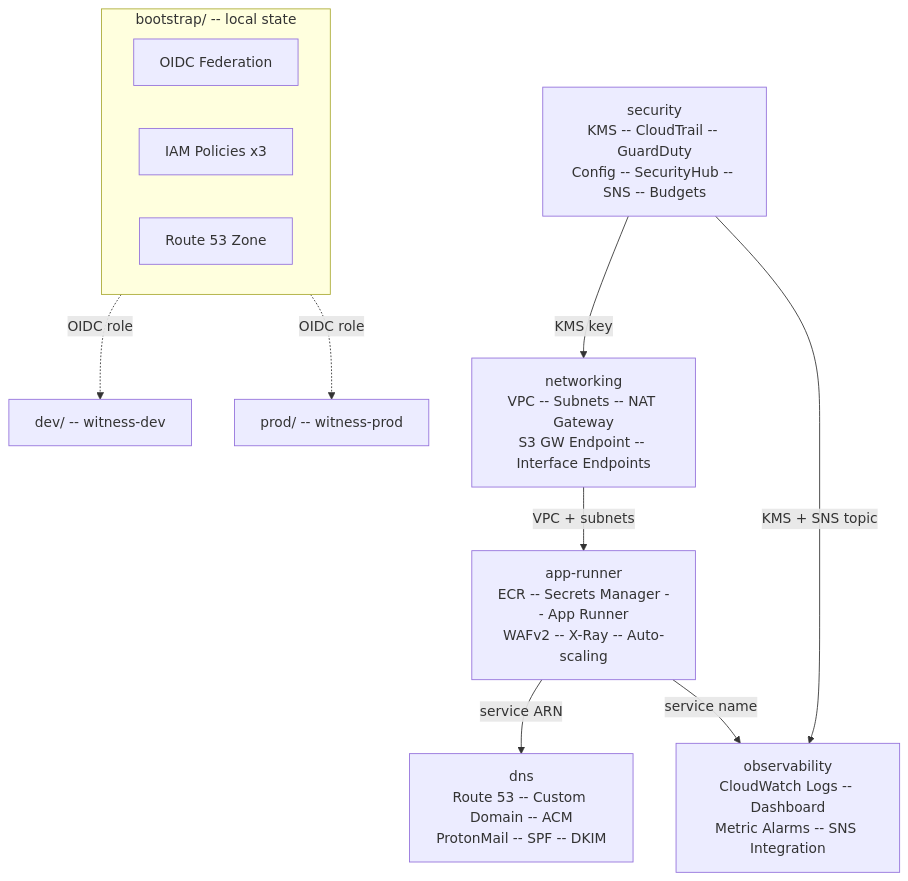
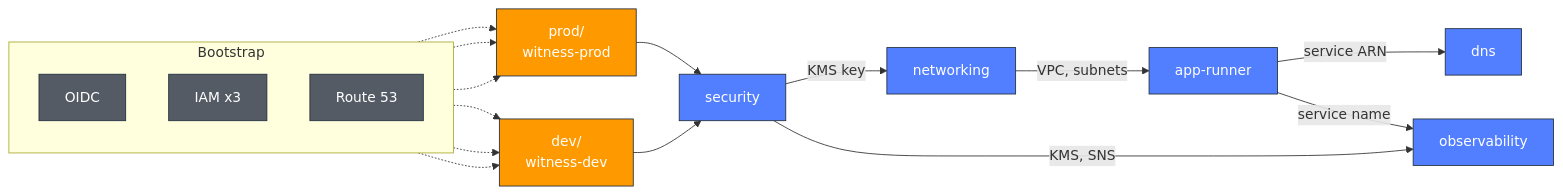
Before and after one commit to borninthedark/witness: the second of 3 diagrams in README.md, drawn with Mermaid. The commit also changed other lines of this file and 2 other files, not shown here.

````diff
--- a/README.md
+++ b/README.md
@@ -114,23 +123,22 @@
 ```mermaid
-graph TD
-    subgraph boot["bootstrap/ -- local state"]
-        direction LR
-        OIDC["OIDC Federation"]
-        IAM["IAM Policies x3"]
-        R53Z["Route 53 Zone"]
+graph LR
+    classDef boot fill:#545B64,stroke:#232F3E,color:#fff
+    classDef env fill:#FF9900,stroke:#232F3E,color:#fff
+    classDef mod fill:#527FFF,stroke:#232F3E,color:#fff
+
+    subgraph Bootstrap
+        direction TB
+        OIDC["OIDC"]:::boot
+        IAM["IAM x3"]:::boot
+        R53Z["Route 53"]:::boot
     end
 
-    boot -.->|OIDC role| DEV["dev/ -- witness-dev"] & PROD["prod/ -- witness-prod"]
+    OIDC & IAM & R53Z -.-> DEV["dev/<br/>witness-dev"]:::env & PROD["prod/<br/>witness-prod"]:::env
 
-    SEC["security<br/>KMS -- CloudTrail -- GuardDuty<br/>Config -- SecurityHub -- SNS -- Budgets"]
-    NET["networking<br/>VPC -- Subnets -- NAT Gateway<br/>S3 GW Endpoint -- Interface Endpoints"]
-    APP["app-runner<br/>ECR -- Secrets Manager -- App Runner<br/>WAFv2 -- X-Ray -- Auto-scaling"]
-    DNS["dns<br/>Route 53 -- Custom Domain -- ACM<br/>ProtonMail -- SPF -- DKIM"]
-    OBS["observability<br/>CloudWatch Logs -- Dashboard<br/>Metric Alarms -- SNS Integration"]
-
-    SEC -->|KMS key| NET
-    NET -->|VPC + subnets| APP
-    APP -->|service ARN| DNS
-    SEC -->|KMS + SNS topic| OBS
+    DEV & PROD --> SEC["security"]:::mod
+    SEC -->|KMS key| NET["networking"]:::mod
+    NET -->|VPC, subnets| APP["app-runner"]:::mod
+    APP -->|service ARN| DNS["dns"]:::mod
+    SEC -->|KMS, SNS| OBS["observability"]:::mod
     APP -->|service name| OBS
 ```
````
